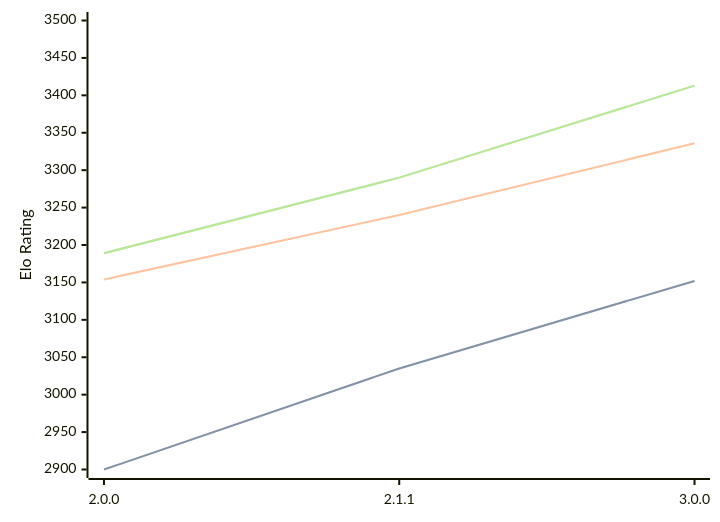
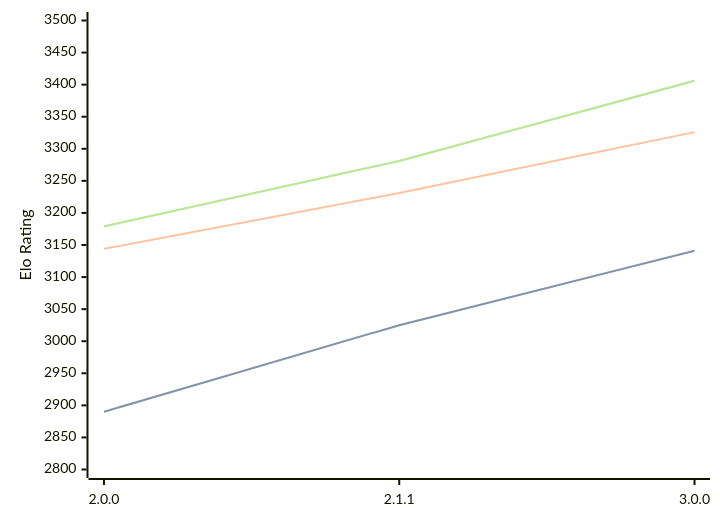
Before and after one commit to computer-chess-index/cci: the diagram in engines/Bread.md, drawn with Mermaid. The commit also changed other lines of this file, not shown here.

Commit message:
Update CCI Ratings (ELO VLTC) - 2026-03-19

````diff
--- a/engines/Bread.md
+++ b/engines/Bread.md
@@ -49,11 +49,11 @@
 ```mermaid
 %%{init: {"theme":"base","themeVariables":{"seriesColors:['#a3a3a3','#222221','#faa371']}}}%%
 xychart-beta
   x-axis ["2.0.0", "2.1.1", "3.0.0"]
-  y-axis "Elo Rating" 2900 --> 3500
-  line "STC (8.0+0.08s)" [2900, 3035, 3152]
-  line "STC (8.0+0.08s)" [2900, 3035, 3152]
-  line "LTC (60.0+0.60s)" [3154, 3240, 3336]
-  line "VLTC (2m24s+1.12s)" [3189, 3290, 3413]
-  line "VLTC (2m24s+1.12s)" [3189, 3290, 3413]
+  y-axis "Elo Rating" 2800 --> 3500
+  line "STC (8.0+0.08s)" [2890, 3025, 3141]
+  line "STC (8.0+0.08s)" [2890, 3025, 3141]
+  line "LTC (60.0+0.60s)" [3144, 3231, 3326]
+  line "VLTC (2m24s+1.12s)" [3179, 3281, 3406]
+  line "VLTC (2m24s+1.12s)" [3179, 3281, 3406]
 ```
````
